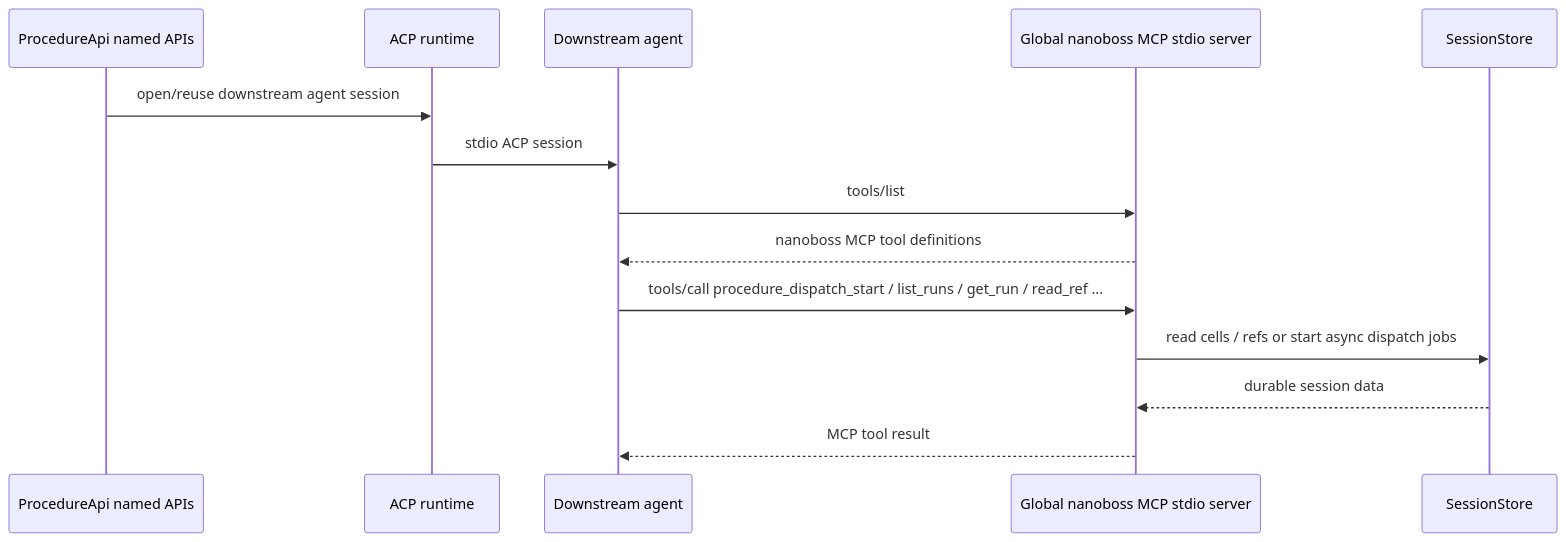
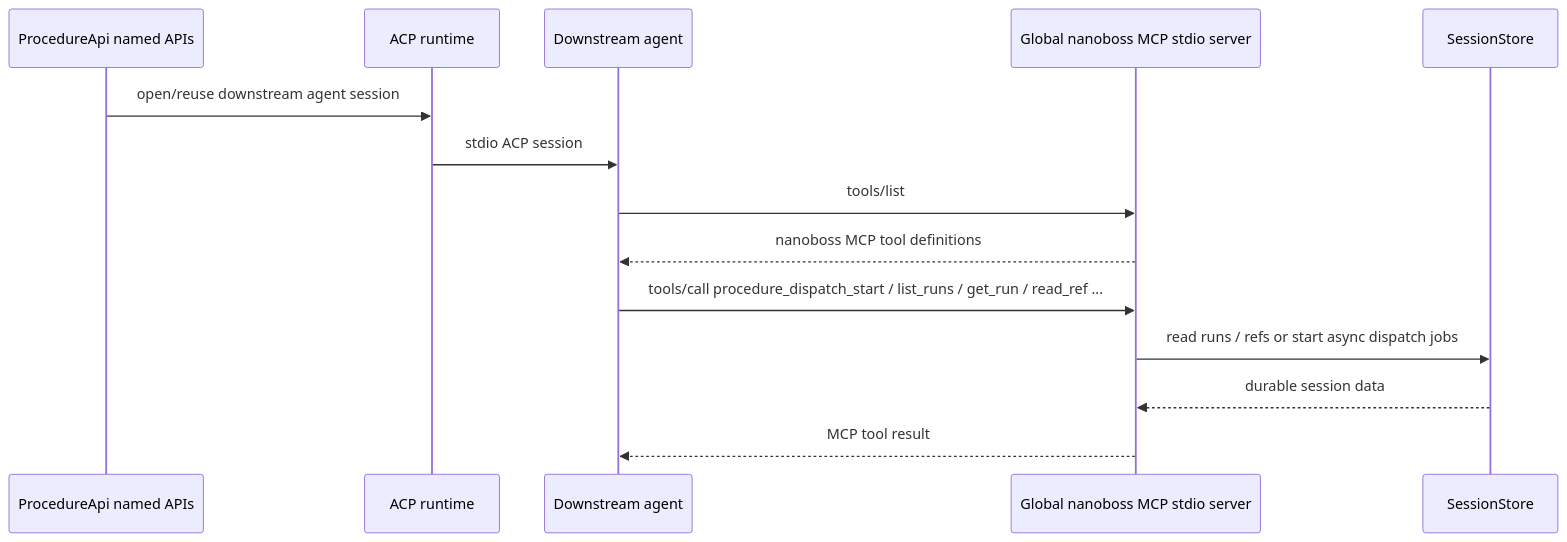
Before and after one commit to jflam/nanoboss: the fifth of 5 diagrams in docs/architecture.md, drawn with Mermaid. The commit also changed other lines of this file and 18 other files, not shown here.

````diff
--- a/docs/architecture.md
+++ b/docs/architecture.md
@@ -192,19 +192,19 @@
 ```mermaid
 sequenceDiagram
   participant Ctx as ProcedureApi named APIs
   participant ACP as ACP runtime
   participant Agent as Downstream agent
   participant MCP as Global nanoboss MCP stdio server
   participant Store as SessionStore
 
   Ctx->>ACP: open/reuse downstream agent session
   ACP->>Agent: stdio ACP session
 
   Agent->>MCP: tools/list
   MCP-->>Agent: nanoboss MCP tool definitions
 
   Agent->>MCP: tools/call procedure_dispatch_start / list_runs / get_run / read_ref ...
-  MCP->>Store: read cells / refs or start async dispatch jobs
+  MCP->>Store: read runs / refs or start async dispatch jobs
   Store-->>MCP: durable session data
   MCP-->>Agent: MCP tool result
 ```
````
